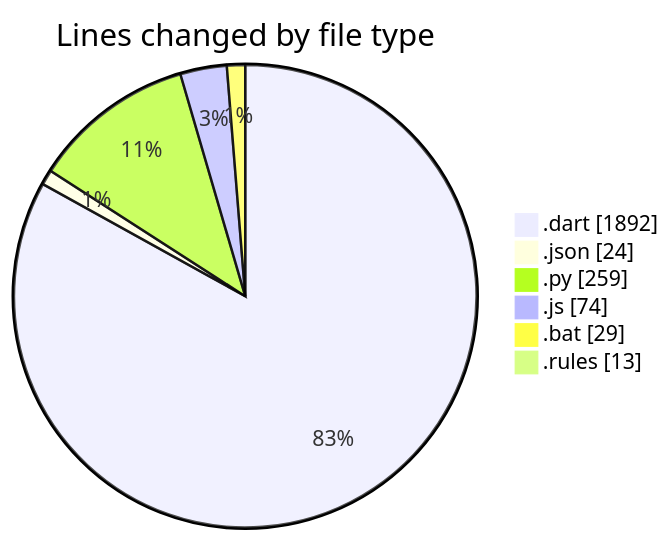
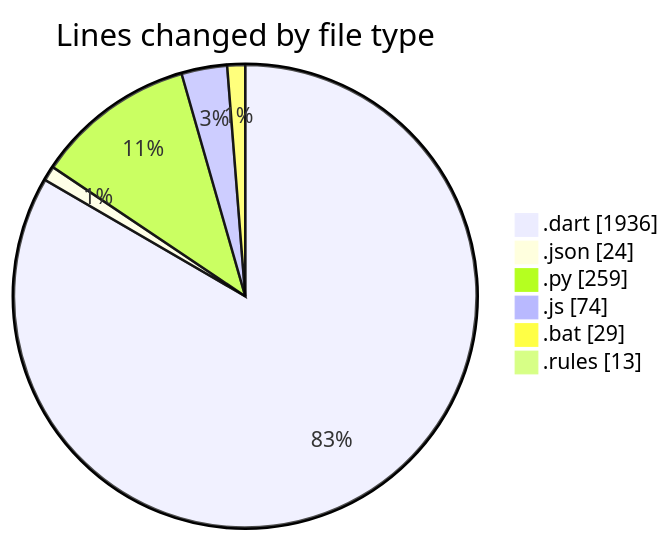
One commit to lephambinh05/code-tracking changed the first of 2 diagrams in 2025-08-04/studybuddy/README.md. Above: the diagram before and after it, drawn with Mermaid. The commit also changed other lines of this file and 1 other file, not shown here.

````diff
--- a/2025-08-04/studybuddy/README.md
+++ b/2025-08-04/studybuddy/README.md
@@ -43,10 +43,10 @@
 ```mermaid
 pie showData
 title Lines changed by file type
-".dart" : 1892
+".dart" : 1936
 ".json" : 24
 ".py" : 259
 ".js" : 74
 ".bat" : 29
 ".rules" : 13
 ```
````
